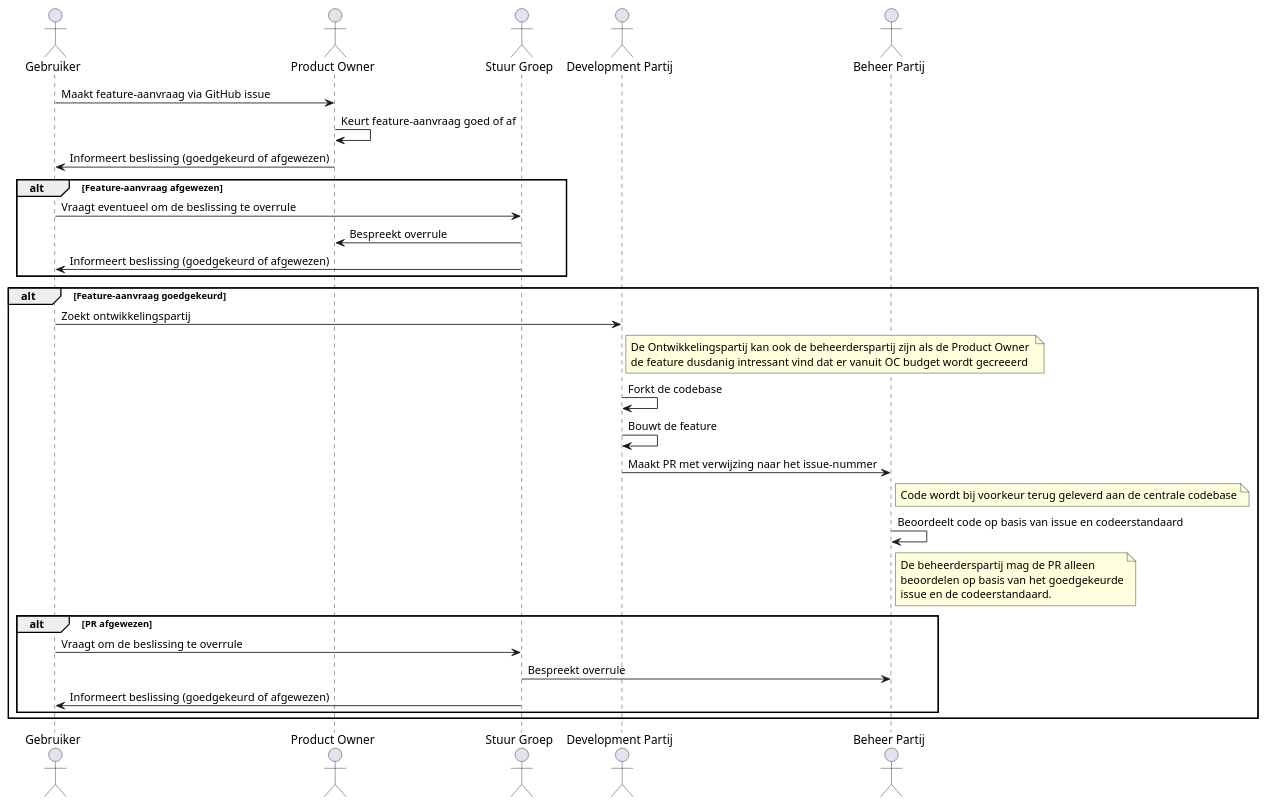
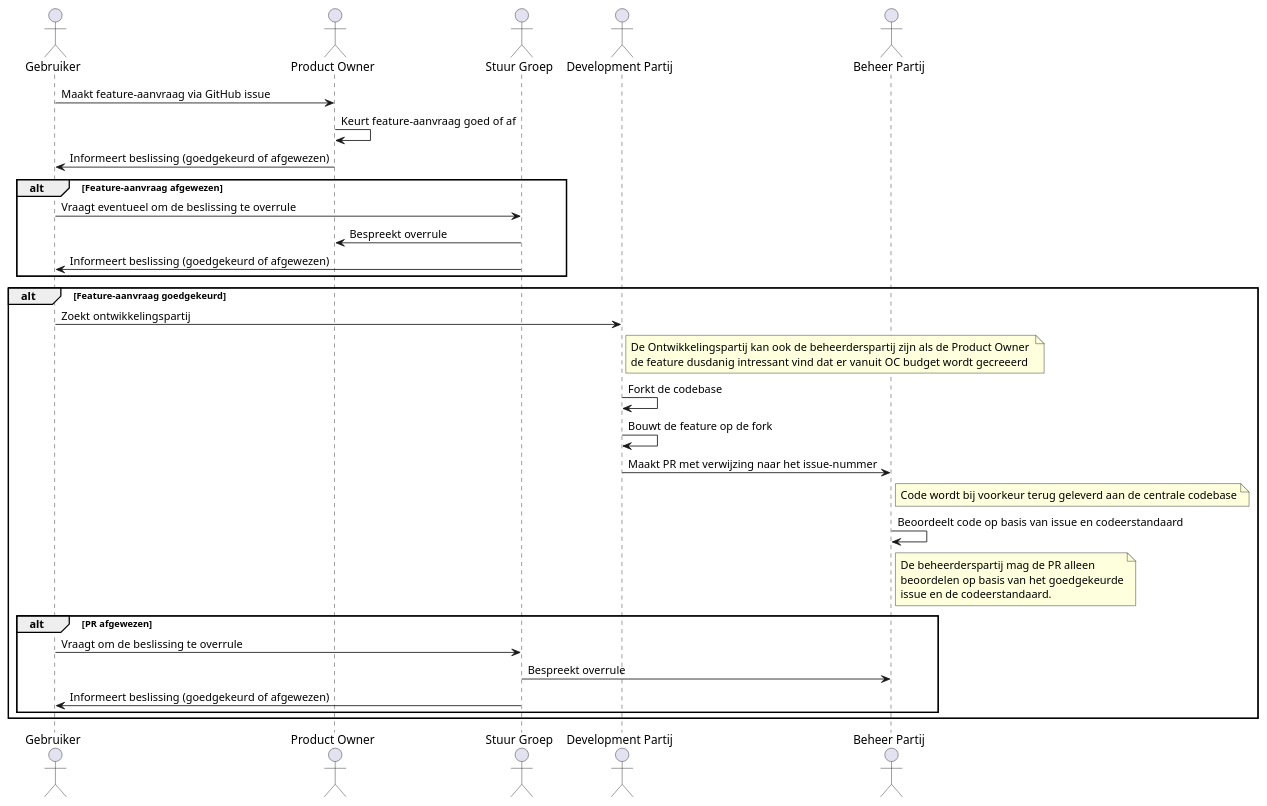
The diagram in docs/developers/feature_flow.puml (OpenCatalogi/opencatalogi), drawn with PlantUML before and after one commit.

Commit message:
Small clear up on the feature flow

```diff
--- a/docs/developers/feature_flow.puml
+++ b/docs/developers/feature_flow.puml
@@ -1,45 +1,45 @@
 @startuml
 actor Gebruiker
 actor ProductOwner as "Product Owner"
 actor ProductSturingGroep as "Stuur Groep"
 actor Ontwikkelingspartij as "Development Partij"
 actor Beheerderspartij as "Beheer Partij"
 
 Gebruiker -> ProductOwner: Maakt feature-aanvraag via GitHub issue
 ProductOwner -> ProductOwner: Keurt feature-aanvraag goed of af
 ProductOwner -> Gebruiker: Informeert beslissing (goedgekeurd of afgewezen)
 
 alt Feature-aanvraag afgewezen
     Gebruiker -> ProductSturingGroep: Vraagt eventueel om de beslissing te overrule
     ProductSturingGroep -> ProductOwner: Bespreekt overrule
     ProductSturingGroep -> Gebruiker: Informeert beslissing (goedgekeurd of afgewezen)
 end
 
 alt Feature-aanvraag goedgekeurd
     Gebruiker -> Ontwikkelingspartij: Zoekt ontwikkelingspartij
     note right of Ontwikkelingspartij
         De Ontwikkelingspartij kan ook de beheerderspartij zijn als de Product Owner 
         de feature dusdanig intressant vind dat er vanuit OC budget wordt gecreeerd
     end note
 
     Ontwikkelingspartij -> Ontwikkelingspartij: Forkt de codebase
-    Ontwikkelingspartij -> Ontwikkelingspartij: Bouwt de feature
+    Ontwikkelingspartij -> Ontwikkelingspartij: Bouwt de feature op de fork
     Ontwikkelingspartij -> Beheerderspartij: Maakt PR met verwijzing naar het issue-nummer
     note right of Beheerderspartij
      Code wordt bij voorkeur terug geleverd aan de centrale codebase
     end note
     Beheerderspartij -> Beheerderspartij: Beoordeelt code op basis van issue en codeerstandaard
 
     note right of Beheerderspartij
         De beheerderspartij mag de PR alleen
         beoordelen op basis van het goedgekeurde
         issue en de codeerstandaard.
     end note
 
     alt PR afgewezen
         Gebruiker -> ProductSturingGroep: Vraagt om de beslissing te overrule
         ProductSturingGroep -> Beheerderspartij: Bespreekt overrule
         ProductSturingGroep -> Gebruiker: Informeert beslissing (goedgekeurd of afgewezen)
     end
 end
 @enduml
```
